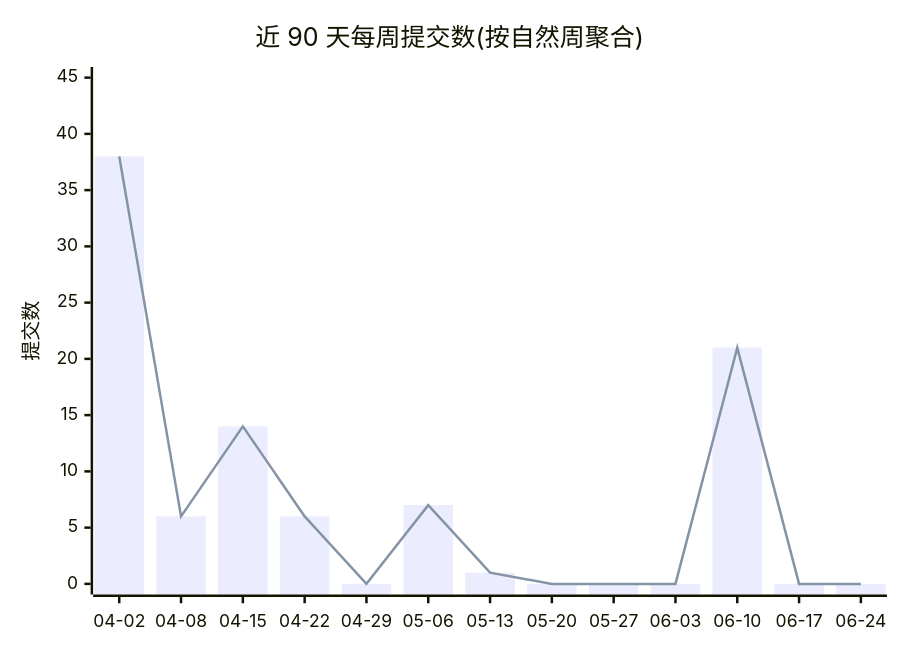
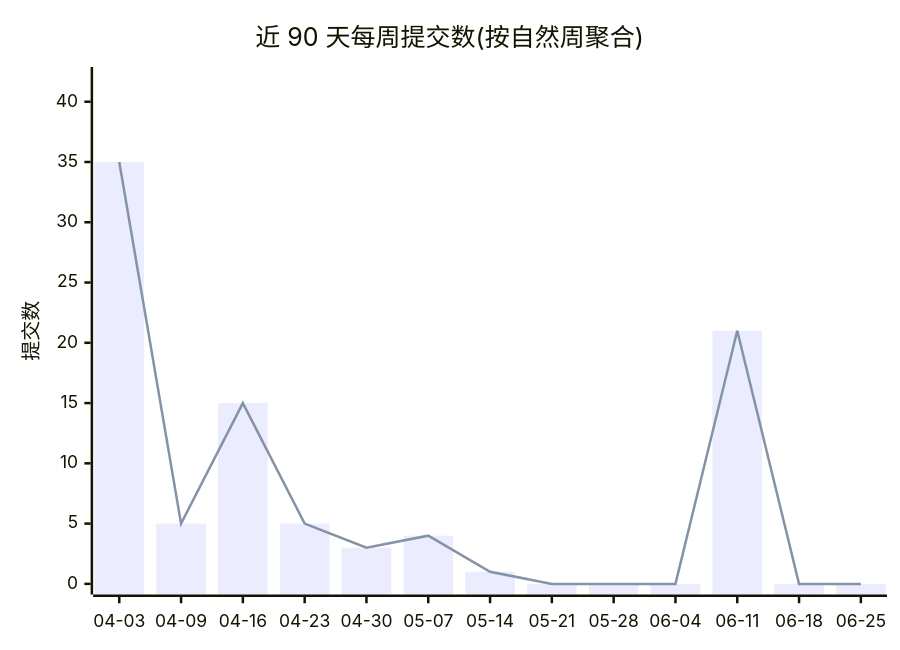
Before and after one commit to Conflux-Union/.github: the first of 2 diagrams in profile/README.md, drawn with Mermaid. The commit also changed other lines of this file and 1 other file, not shown here.

````diff
--- a/profile/README.md
+++ b/profile/README.md
@@ -44,8 +44,8 @@
 ```mermaid
 xychart-beta
     title "近 90 天每周提交数(按自然周聚合)"
-    x-axis ["04-02", "04-08", "04-15", "04-22", "04-29", "05-06", "05-13", "05-20", "05-27", "06-03", "06-10", "06-17", "06-24"]
-    y-axis "提交数" 0 --> 45
-    bar [38, 6, 14, 6, 0, 7, 1, 0, 0, 0, 21, 0, 0]
-    line [38, 6, 14, 6, 0, 7, 1, 0, 0, 0, 21, 0, 0]
+    x-axis ["04-03", "04-09", "04-16", "04-23", "04-30", "05-07", "05-14", "05-21", "05-28", "06-04", "06-11", "06-18", "06-25"]
+    y-axis "提交数" 0 --> 42
+    bar [35, 5, 15, 5, 3, 4, 1, 0, 0, 0, 21, 0, 0]
+    line [35, 5, 15, 5, 3, 4, 1, 0, 0, 0, 21, 0, 0]
 ```
````
